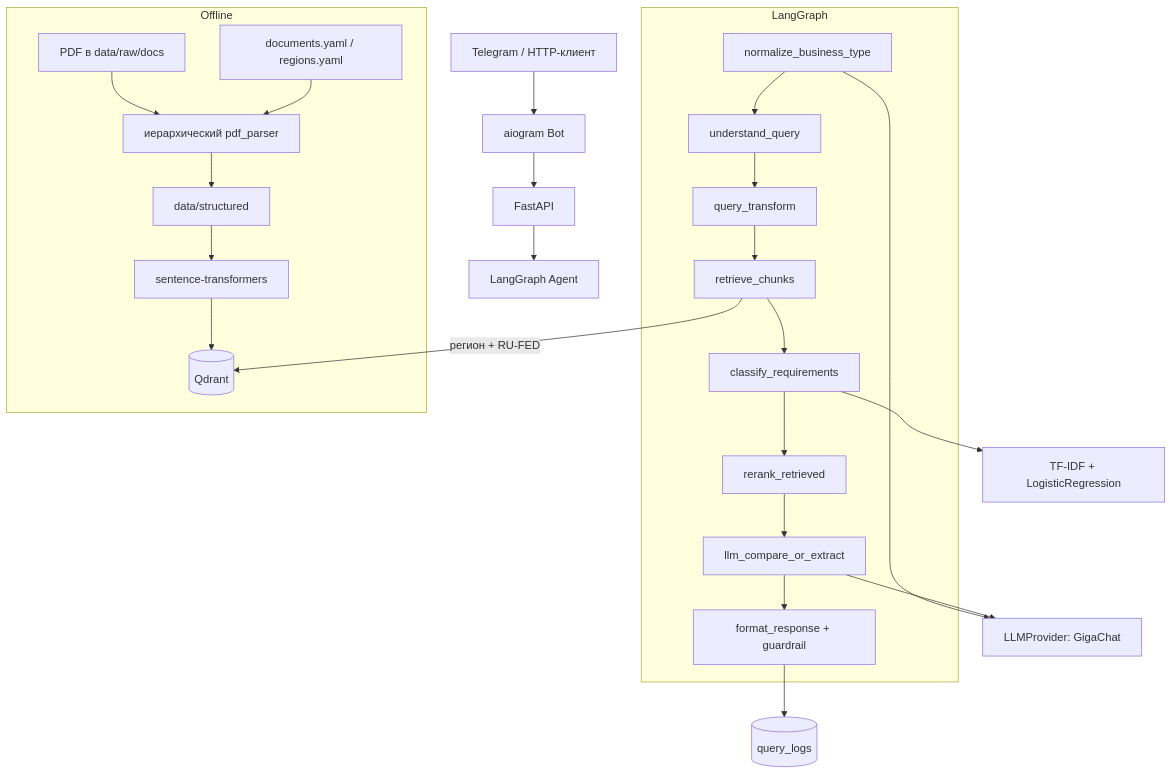
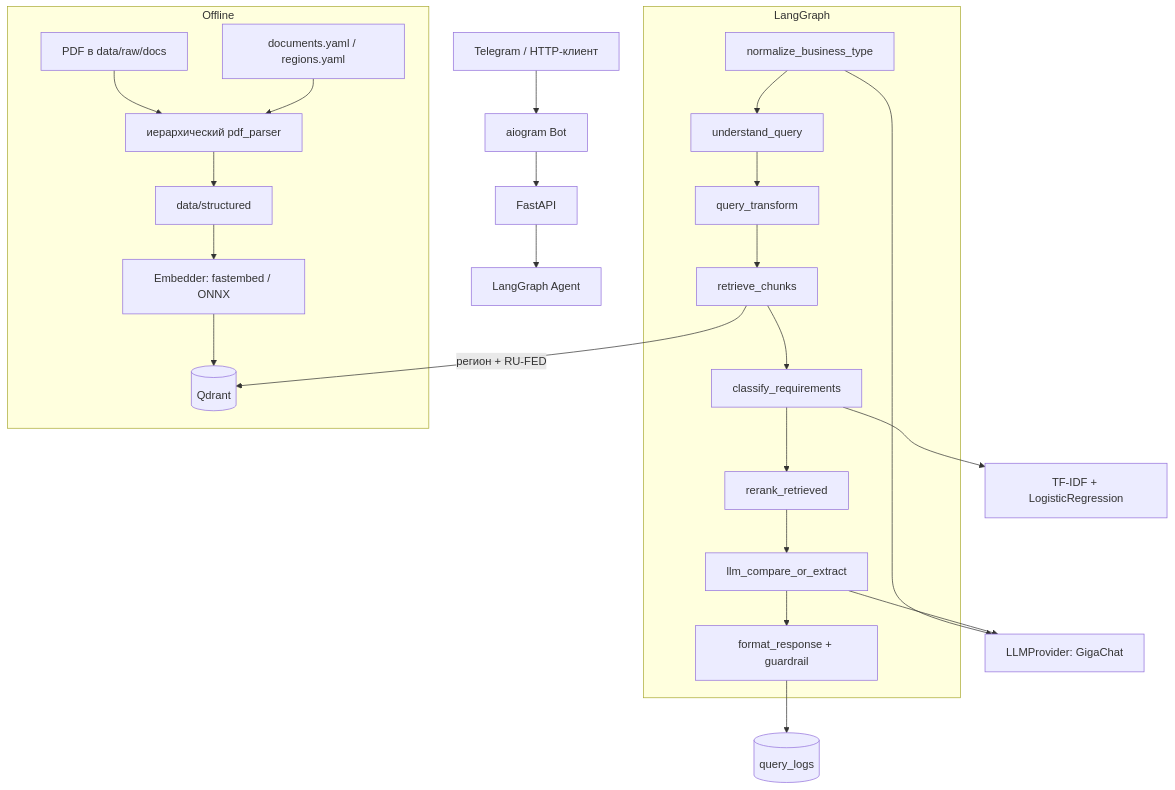
One commit to NikitaMok/RegioBuild changed the diagram in docs/ARCHITECTURE.md. Above: the diagram before and after it, drawn with Mermaid. The commit also changed other lines of this file and 16 other files, not shown here.

````diff
--- a/docs/ARCHITECTURE.md
+++ b/docs/ARCHITECTURE.md
@@ -8,30 +8,30 @@
 ```mermaid
 flowchart TD
     User[Telegram / HTTP-клиент] --> Bot[aiogram Bot]
     Bot --> API[FastAPI]
     API --> Agent[LangGraph Agent]
 
     subgraph AgentFlow [LangGraph]
         N0[normalize_business_type] --> N1[understand_query]
         N1 --> N2[query_transform]
         N2 --> N3[retrieve_chunks]
         N3 --> N4[classify_requirements]
         N4 --> N5[rerank_retrieved]
         N5 --> N6[llm_compare_or_extract]
         N6 --> N7[format_response + guardrail]
     end
 
     N0 --> LLM["LLMProvider: GigaChat"]
     N3 -- "регион + RU-FED" --> VectorDB[(Qdrant)]
     N4 --> Classifier["TF-IDF + LogisticRegression"]
     N6 --> LLM
     N7 --> QueryLog[(query_logs)]
 
     subgraph Ingestion [Offline]
         PDF[PDF в data/raw/docs] --> Parse[иерархический pdf_parser]
         Parse --> Structured[data/structured]
-        Structured --> Embed[sentence-transformers]
+        Structured --> Embed["Embedder: fastembed / ONNX"]
         Embed --> VectorDB
         Manifest[documents.yaml / regions.yaml] --> Parse
     end
 ```
````
